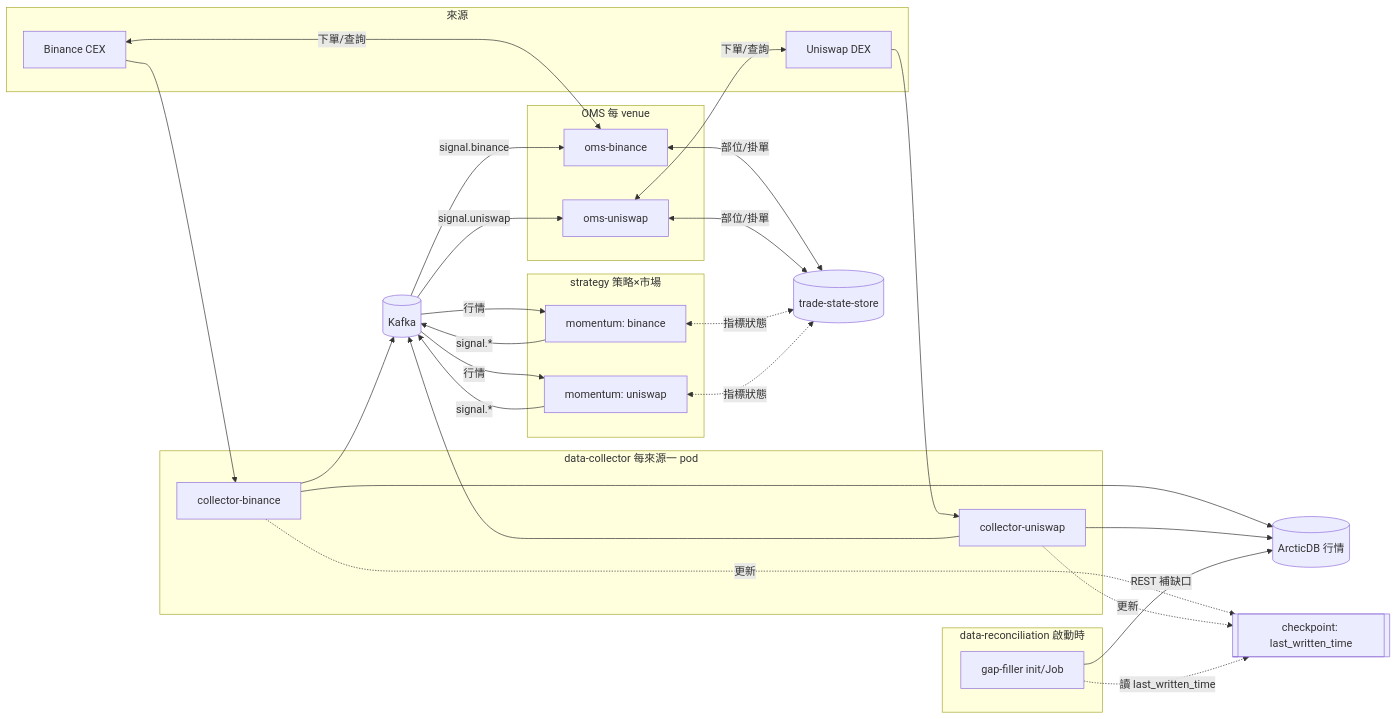
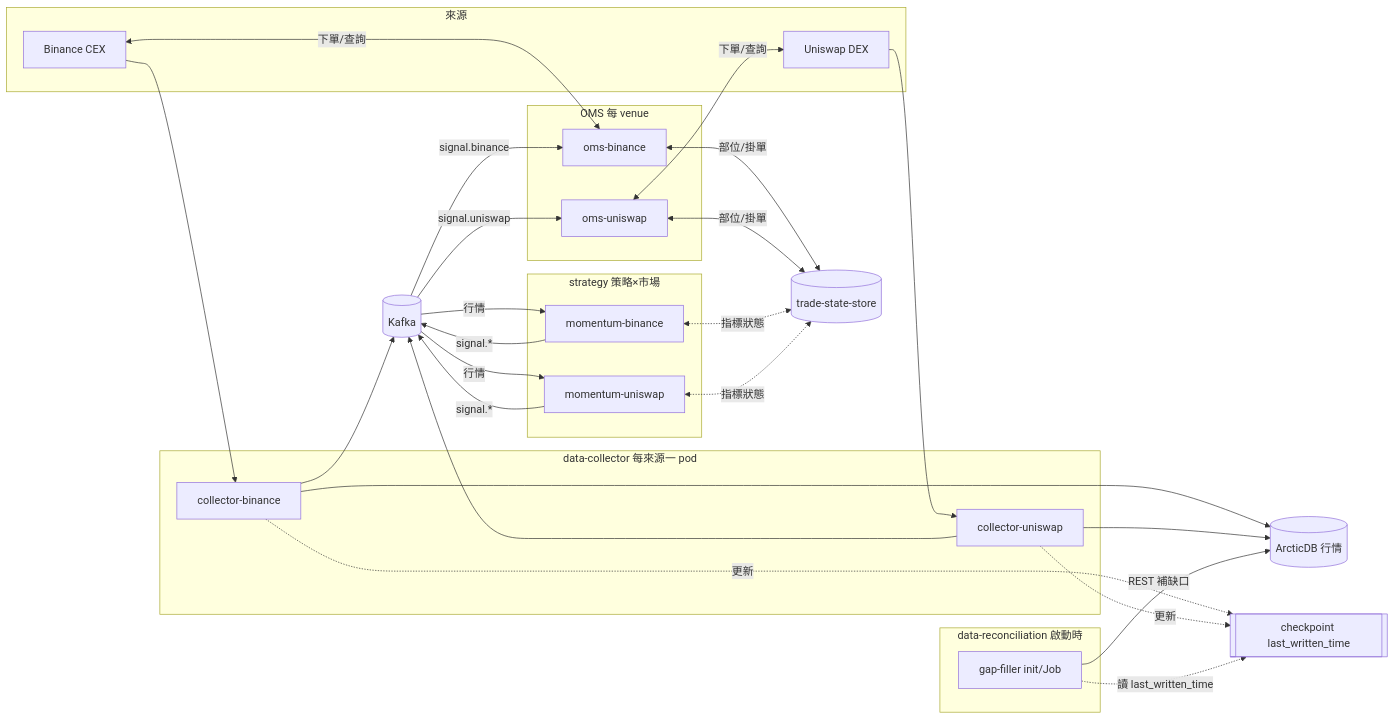
One commit to linleon1995/Quantitative-Trading-and-Backtesting-System changed the diagram in docs/superpowers/specs/2026-07-23-multi-venue-k3s-architecture-design.md. Above: the diagram before and after it, drawn with Mermaid. The commit also changed other lines of this file, not shown here.

Commit message:
docs: mermaid 標籤改用連字號並補維護慣例註記

````diff
--- a/docs/superpowers/specs/2026-07-23-multi-venue-k3s-architecture-design.md
+++ b/docs/superpowers/specs/2026-07-23-multi-venue-k3s-architecture-design.md
@@ -62,58 +62,58 @@
 ```mermaid
 flowchart LR
   subgraph SRC[來源]
     B[Binance CEX]
     U[Uniswap DEX]
   end
 
   subgraph COL[data-collector 每來源一 pod]
     C1[collector-binance]
     C2[collector-uniswap]
   end
 
   K[(Kafka)]
   A[(ArcticDB 行情)]
-  CP[["checkpoint: last_written_time"]]
+  CP[["checkpoint last_written_time"]]
 
   subgraph REC[data-reconciliation 啟動時]
     R[gap-filler init/Job]
   end
 
   subgraph STR[strategy 策略×市場]
-    S1["momentum: binance"]
-    S2["momentum: uniswap"]
+    S1["momentum-binance"]
+    S2["momentum-uniswap"]
   end
 
   subgraph OMS[OMS 每 venue]
     O1[oms-binance]
     O2[oms-uniswap]
   end
 
   ST[(trade-state-store)]
 
   B --> C1
   U --> C2
   C1 --> K
   C2 --> K
   C1 --> A
   C2 --> A
   C1 -. 更新 .-> CP
   C2 -. 更新 .-> CP
 
   R -. 讀 last_written_time .-> CP
   R -->|REST 補缺口| A
 
   K -->|行情| S1
   K -->|行情| S2
   S1 -->|signal.*| K
   S2 -->|signal.*| K
   K -->|signal.binance| O1
   K -->|signal.uniswap| O2
 
   O1 <-->|下單/查詢| B
   O2 <-->|下單/查詢| U
   O1 <-->|部位/掛單| ST
   O2 <-->|部位/掛單| ST
   S1 <-.指標狀態.-> ST
   S2 <-.指標狀態.-> ST
 ```
````
